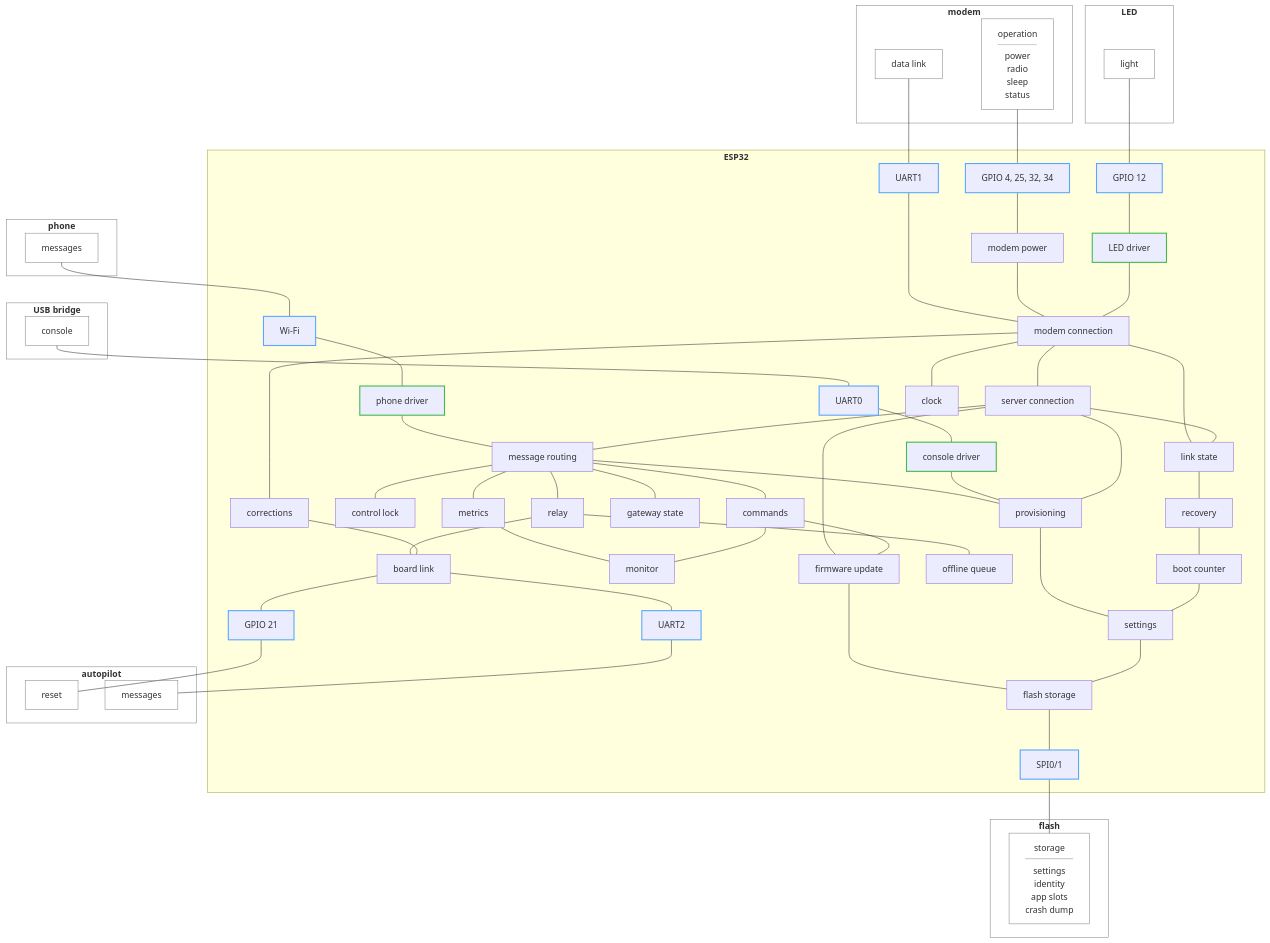
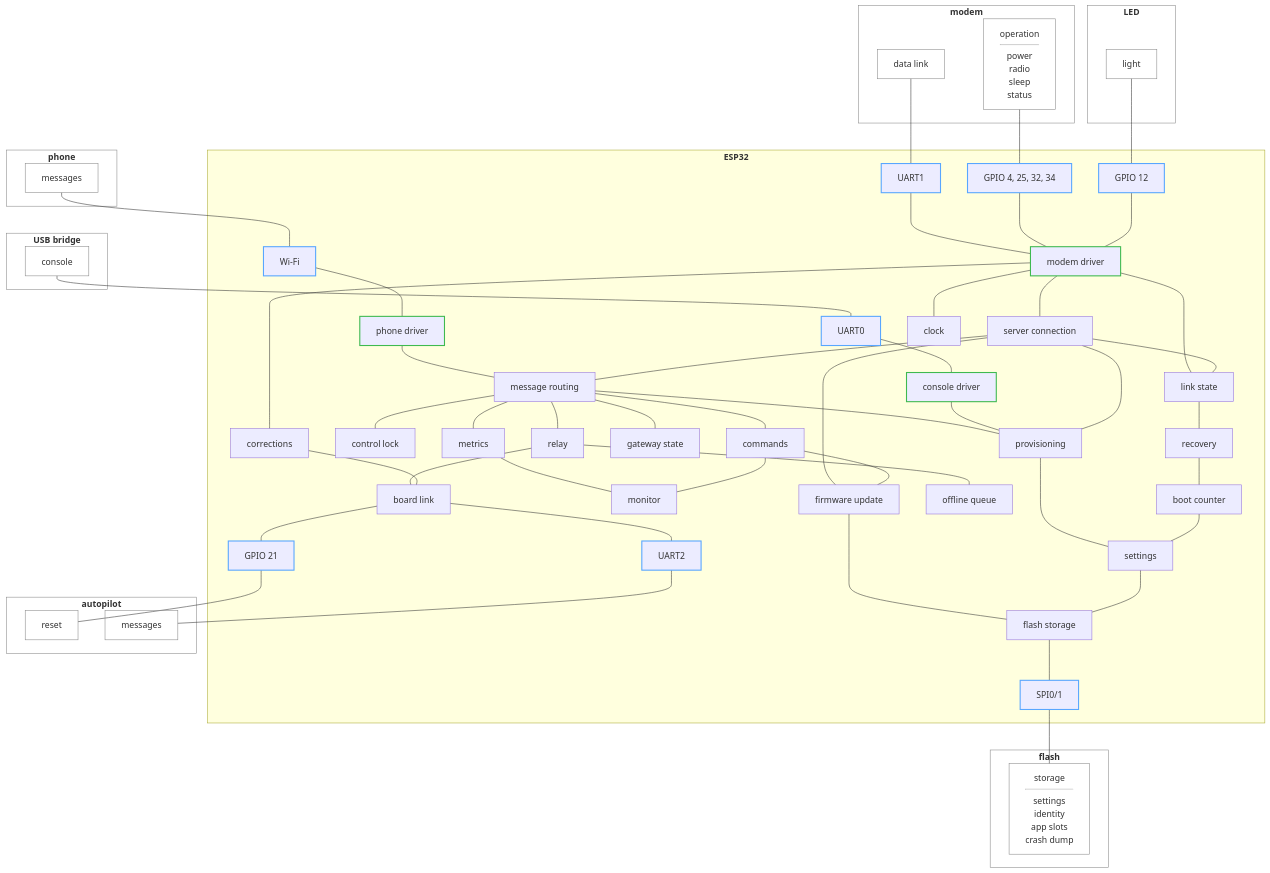
One commit to rmx-lt/rmx-mower-gateway changed the diagram in .esp-architecture/diagrams/block-draft.md. Above: the diagram before and after it, drawn with Mermaid. The commit also changed 1 other file, not shown here.

Commit message:
Draft: one modem driver for the modem and the LED

````diff
--- a/.esp-architecture/diagrams/block-draft.md
+++ b/.esp-architecture/diagrams/block-draft.md
@@ -24,9 +24,7 @@
     gr["GPIO 21"]
     wf["Wi-Fi"]
     u0["UART0"]
-    conn["modem connection"]
-    pwr["modem power"]
-    ledd["LED driver"]
+    conn["modem driver"]
     phd["phone driver"]
     con["console driver"]
     ntrip["corrections"]
@@ -59,8 +57,8 @@
     fparts["storage<hr/>settings<br/>identity<br/>app slots<br/>crash dump"]
   end
   mdata --- u1 --- conn
-  mctl --- gm --- pwr --- conn
-  lparts --- gl --- ledd --- conn
+  mctl --- gm --- conn
+  lparts --- gl --- conn
   pparts --- wf --- phd
   uparts --- u0 --- con
   phd --- msg
@@ -97,7 +95,7 @@
   classDef bus stroke:#58a6ff,stroke-width:2px
   class u1,gm,gl,gr,u2,wf,u0,sp bus
   classDef driver stroke:#3fb950,stroke-width:2px
-  class con,phd,ledd driver
+  class con,phd,conn driver
   classDef device fill:none,stroke:#888
   class modem,mdata,mctl,led,lparts,ap,amsg,areset,ph,pparts,usb,uparts,fl,fparts device
 ```
````
